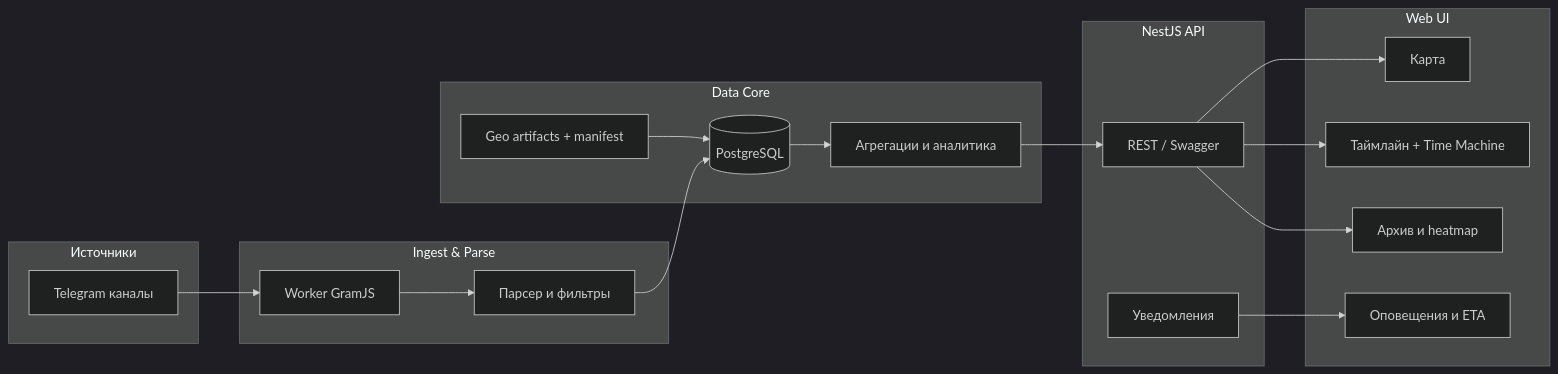
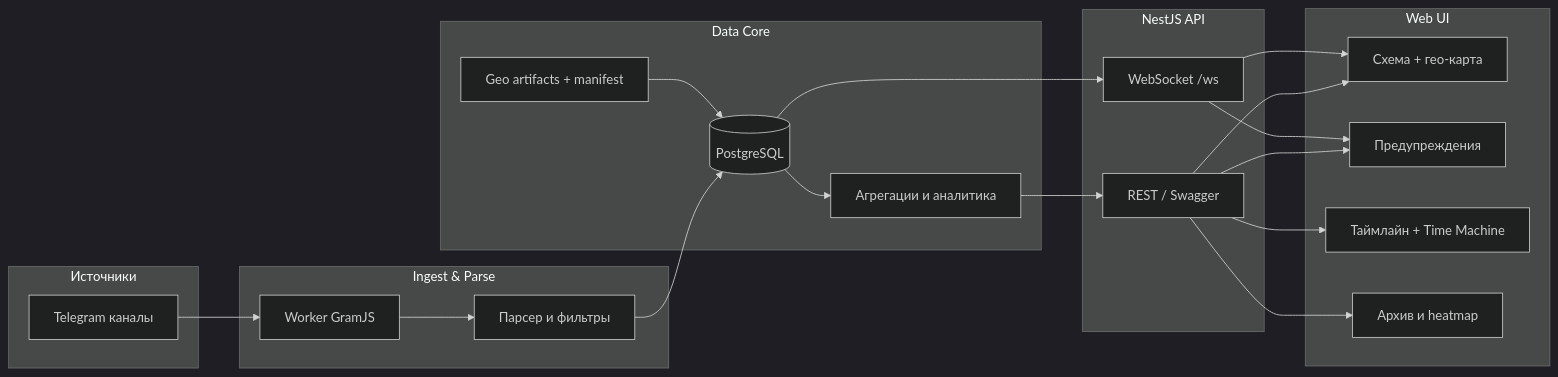
One commit to exclusiveLogin/radar changed the diagram in README.md. Above: the diagram before and after it, drawn with Mermaid (dark theme). The commit also changed other lines of this file and 66 other files, not shown here.

````diff
--- a/README.md
+++ b/README.md
@@ -53,37 +53,40 @@
 ```mermaid
 flowchart LR
   subgraph src[Источники]
     TG[Telegram каналы]
   end
 
   subgraph ingest[Ingest & Parse]
     W[Worker GramJS]
     NLP[Парсер и фильтры]
   end
 
   subgraph data[Data Core]
     DB[(PostgreSQL)]
     GEO[Geo artifacts + manifest]
     ANA[Агрегации и аналитика]
   end
 
   subgraph api[NestJS API]
     REST[REST / Swagger]
-    PUSH[Уведомления]
+    WS[WebSocket /ws]
   end
 
   subgraph ui[Web UI]
-    MAP[Карта]
+    MAP[Схема + гео-карта]
+    WARN[Предупреждения]
     TL[Таймлайн + Time Machine]
-    ALERT[Оповещения и ETA]
     ARC[Архив и heatmap]
   end
 
   TG --> W --> NLP --> DB
   GEO --> DB
   DB --> ANA --> REST
+  DB --> WS
   REST --> MAP
+  WS --> MAP
+  REST --> WARN
+  WS --> WARN
   REST --> TL
   REST --> ARC
-  PUSH --> ALERT
 ```
````
